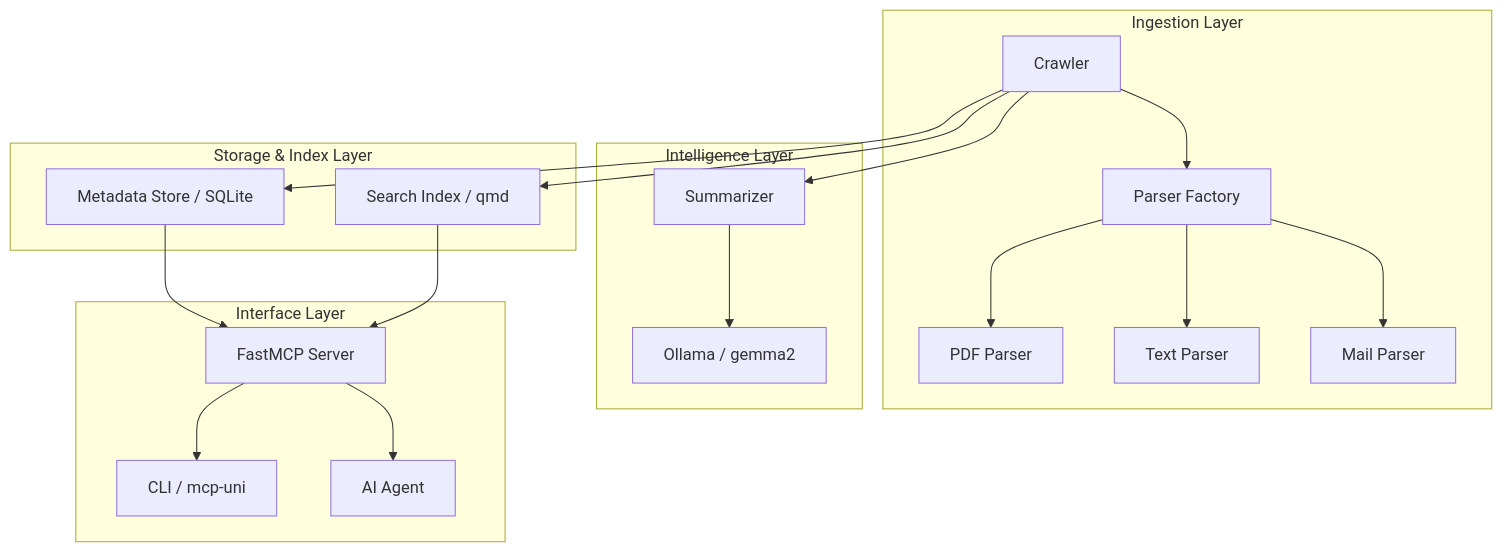
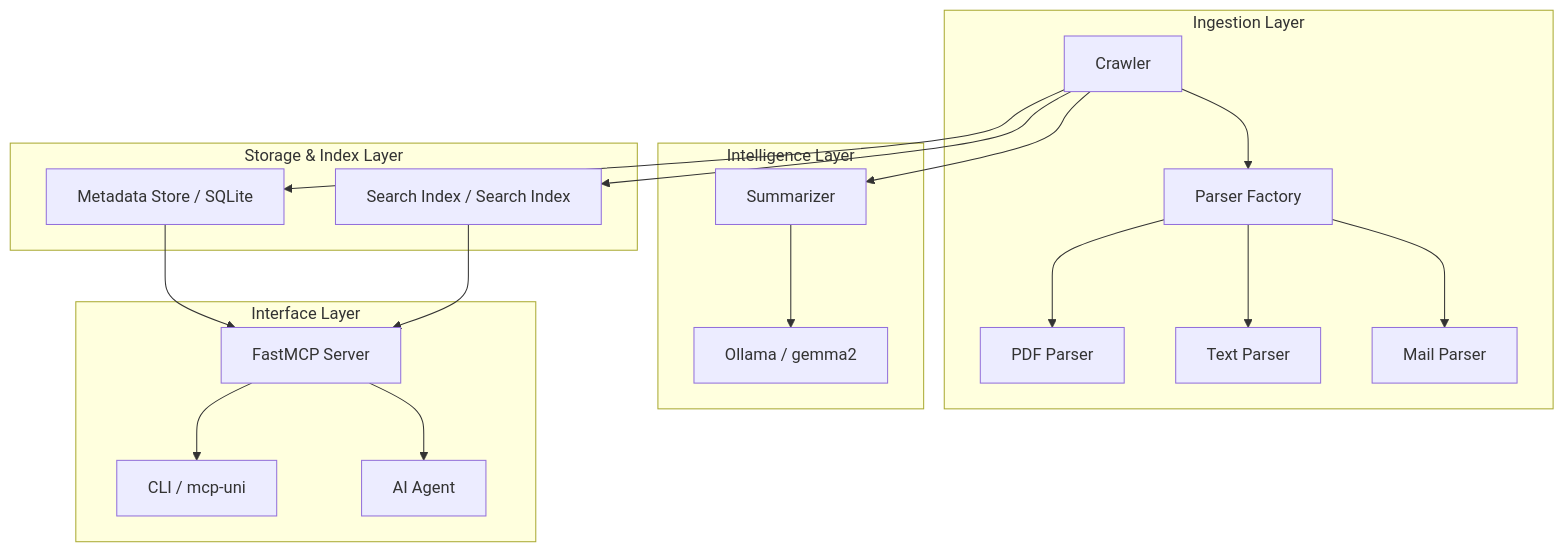
One commit to dgaida/academic-memory-mcp changed the first of 2 diagrams in docs/en/architecture/index.md. Above: the diagram before and after it, drawn with Mermaid. The commit also changed other lines of this file and 15 other files, not shown here.

First line of the commit message:
fix: remove external qmd dependency and implement native hybrid search

````diff
--- a/docs/en/architecture/index.md
+++ b/docs/en/architecture/index.md
@@ -9,26 +9,26 @@
 ```mermaid
 graph TD
     subgraph "Ingestion Layer"
         C[Crawler] --> P[Parser Factory]
         P --> P1[PDF Parser]
         P --> P2[Text Parser]
         P --> P3[Mail Parser]
     end
 
     subgraph "Intelligence Layer"
         C --> S[Summarizer]
         S --> LLM[Ollama / gemma2]
     end
 
     subgraph "Storage & Index Layer"
-        C --> IDX[Search Index / qmd]
+        C --> IDX[Search Index / Search Index]
         C --> DB[Metadata Store / SQLite]
     end
 
     subgraph "Interface Layer"
         DB --> MCP[FastMCP Server]
         IDX --> MCP
         MCP --> CLI[CLI / mcp-uni]
         MCP --> AGENT[AI Agent]
     end
 ```
````
